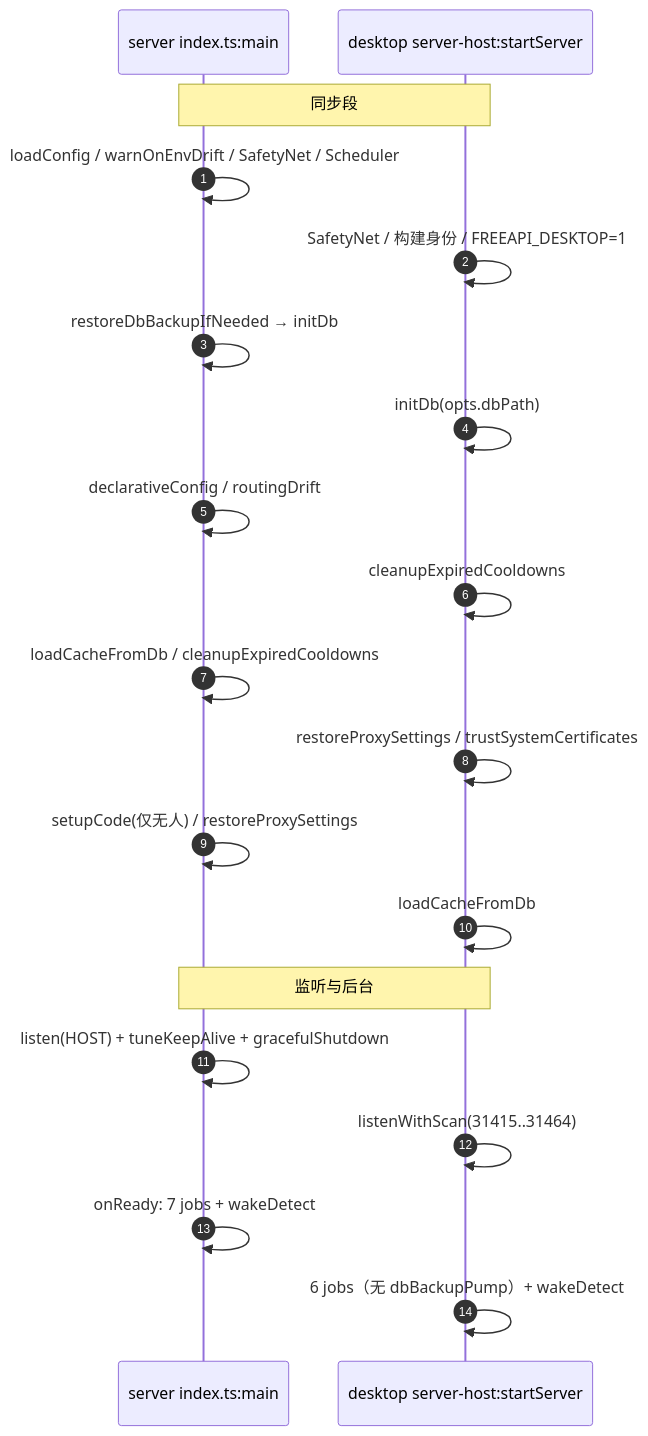
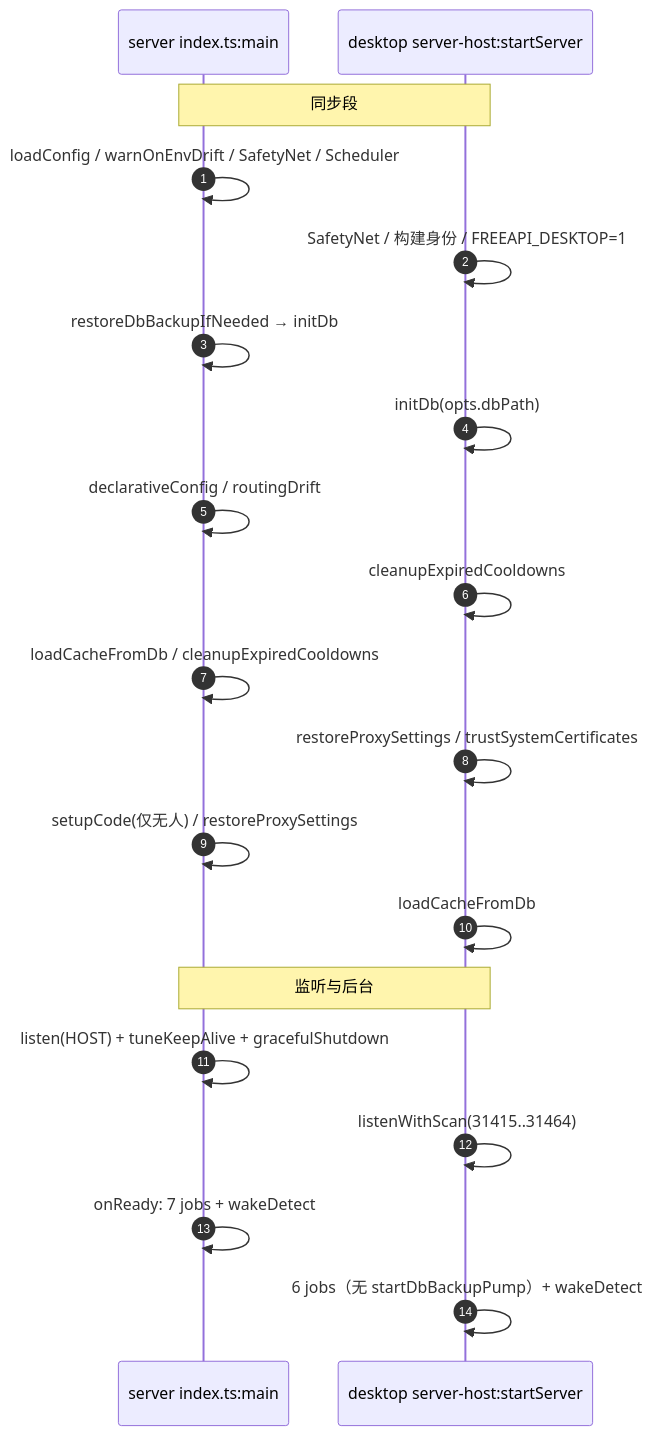
Before and after one commit to adrian9778/freellmapi: the second of 2 diagrams in docs/adrian/sourceReader/08-启动生命周期.md, drawn with Mermaid. The commit also changed other lines of this file and 18 other files, not shown here.

````diff
--- a/docs/adrian/sourceReader/08-启动生命周期.md
+++ b/docs/adrian/sourceReader/08-启动生命周期.md
@@ -90,22 +90,22 @@
 ```mermaid
 sequenceDiagram
     autonumber
     participant S as server index.ts:main
     participant D as desktop server-host:startServer
     Note over S,D: 同步段
     S->>S: loadConfig / warnOnEnvDrift / SafetyNet / Scheduler
     D->>D: SafetyNet / 构建身份 / FREEAPI_DESKTOP=1
     S->>S: restoreDbBackupIfNeeded → initDb
     D->>D: initDb(opts.dbPath)
     S->>S: declarativeConfig / routingDrift
     D->>D: cleanupExpiredCooldowns
     S->>S: loadCacheFromDb / cleanupExpiredCooldowns
     D->>D: restoreProxySettings / trustSystemCertificates
     S->>S: setupCode(仅无人) / restoreProxySettings
     D->>D: loadCacheFromDb
     Note over S,D: 监听与后台
     S->>S: listen(HOST) + tuneKeepAlive + gracefulShutdown
     D->>D: listenWithScan(31415..31464)
     S->>S: onReady: 7 jobs + wakeDetect
-    D->>D: 6 jobs（无 dbBackupPump）+ wakeDetect
+    D->>D: 6 jobs（无 startDbBackupPump）+ wakeDetect
 ```
````
